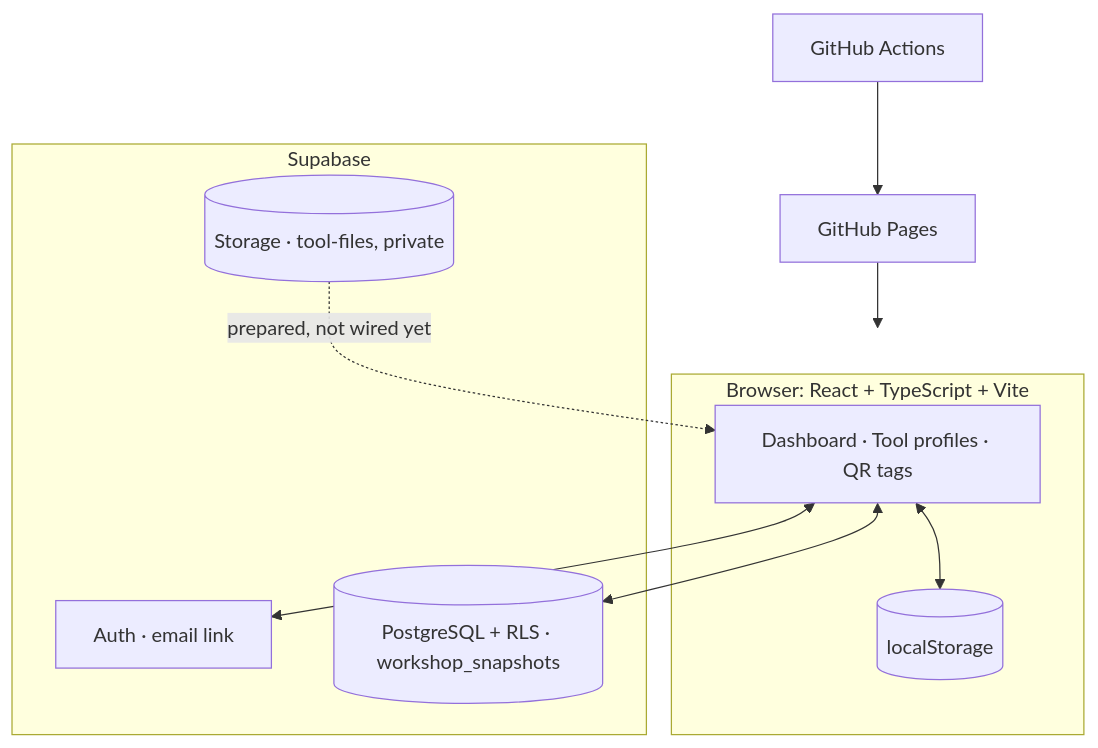
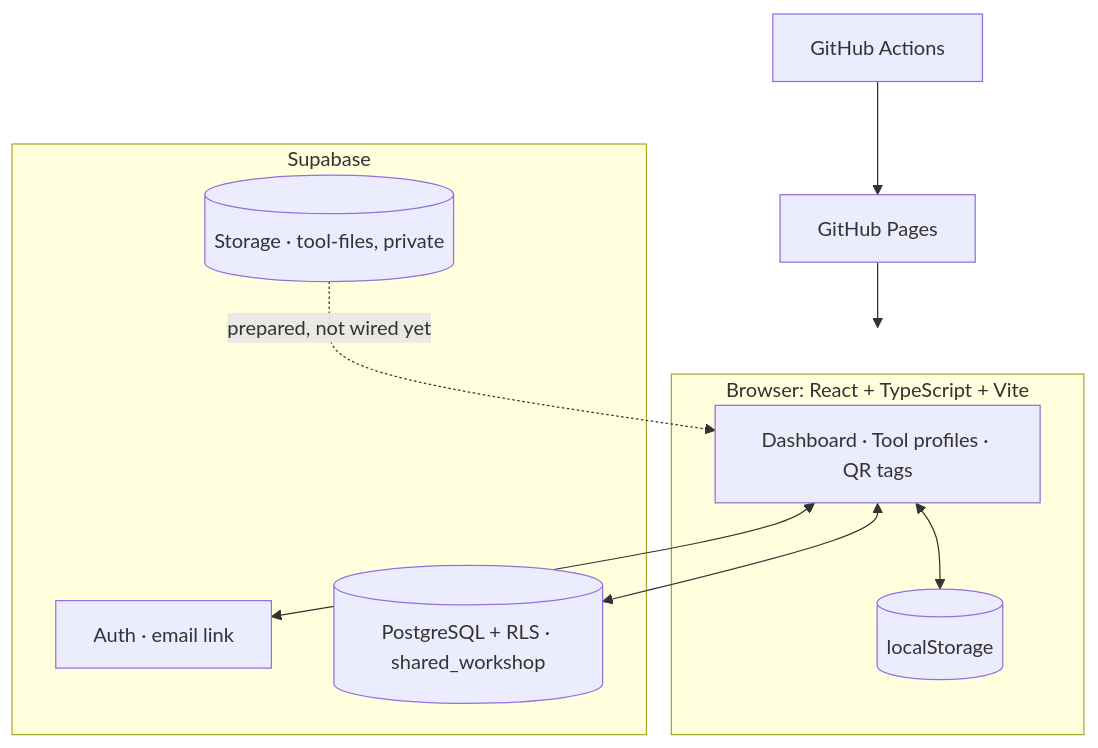
Before and after one commit to Asmitcod/benchlog: the second of 2 diagrams in README.md, drawn with Mermaid. The commit also changed other lines of this file and 4 other files, not shown here.

````diff
--- a/README.md
+++ b/README.md
@@ -93,18 +93,18 @@
 ```mermaid
 flowchart TB
     subgraph Client["Browser: React + TypeScript + Vite"]
         UI["Dashboard · Tool profiles · QR tags"]
         LS[("localStorage")]
     end
     subgraph SB["Supabase"]
         AUTH["Auth · email link"]
-        DB[("PostgreSQL + RLS · workshop_snapshots")]
+        DB[("PostgreSQL + RLS · shared_workshop")]
         ST[("Storage · tool-files, private")]
     end
     GH["GitHub Actions"] --> PAGES["GitHub Pages"]
     PAGES --> Client
     UI <--> LS
     UI <--> AUTH
     UI <--> DB
     ST -.->|prepared, not wired yet| UI
 ```
````
